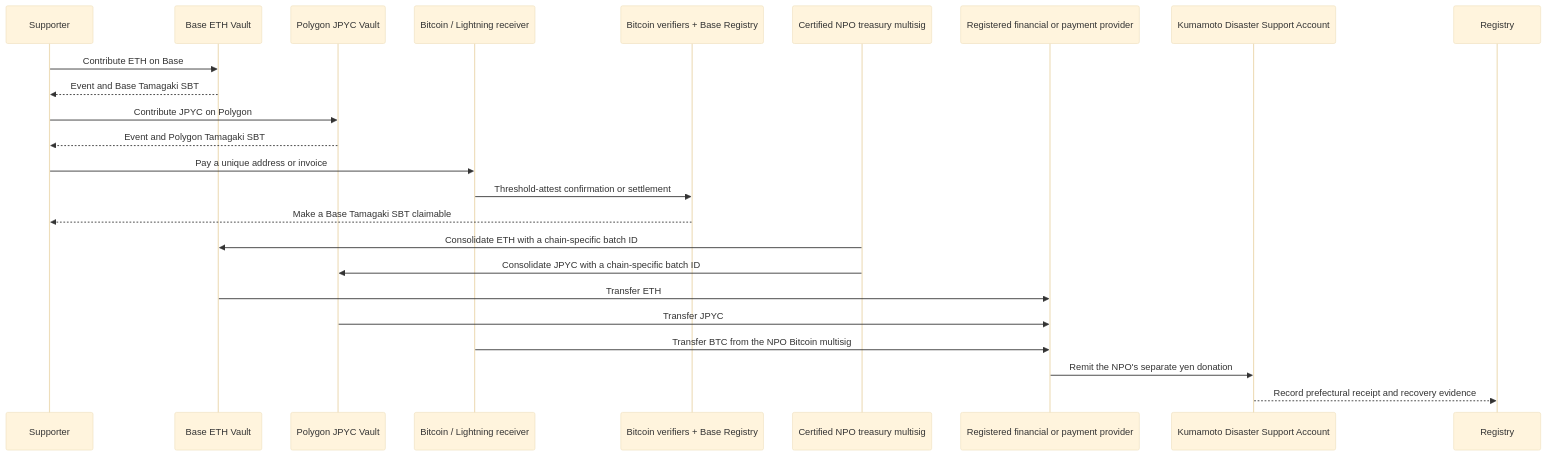
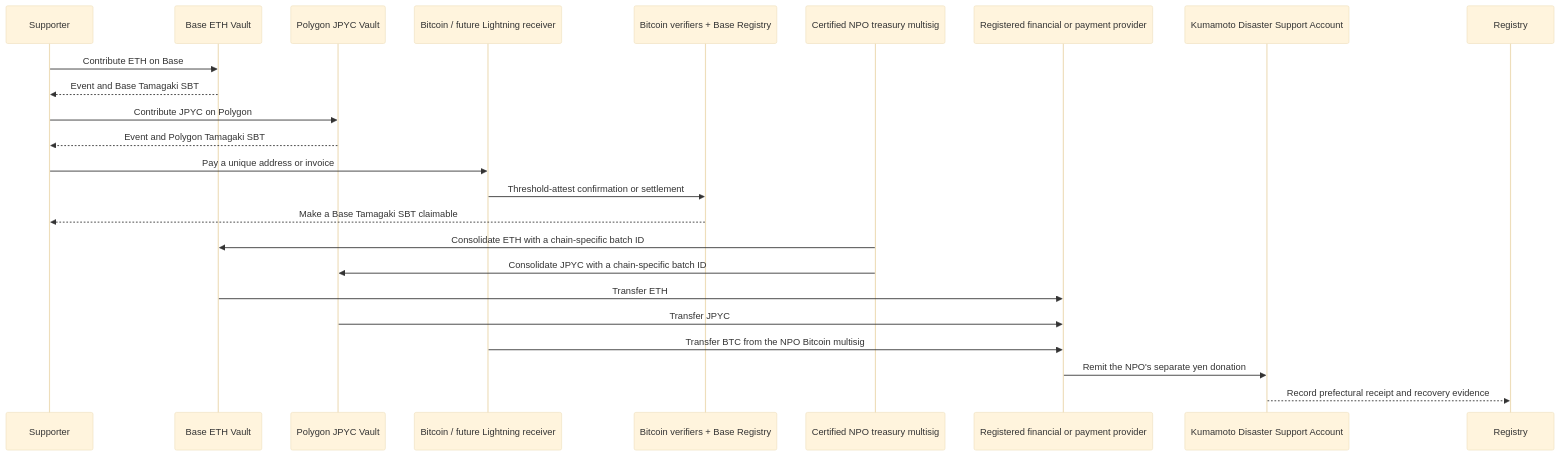
Before and after one commit to ShigeichiroYamasaki/yui-no-kaki-kumamoto: the diagram in docs/en/fund-flow.md, drawn with Mermaid (base theme). The commit also changed other lines of this file and 25 other files, not shown here.

Commit message:
Document secure Bitcoin and Lightning operations

````diff
--- a/docs/en/fund-flow.md
+++ b/docs/en/fund-flow.md
@@ -11,26 +11,26 @@
 ```mermaid
 sequenceDiagram
   participant S as Supporter
   participant BV as Base ETH Vault
   participant PV as Polygon JPYC Vault
-  participant BTC as Bitcoin / Lightning receiver
+  participant BTC as Bitcoin / future Lightning receiver
   participant BR as Bitcoin verifiers + Base Registry
   participant O as Certified NPO treasury multisig
   participant E as Registered financial or payment provider
   participant K as Kumamoto Disaster Support Account
   participant R as Registry
   S->>BV: Contribute ETH on Base
   BV-->>S: Event and Base Tamagaki SBT
   S->>PV: Contribute JPYC on Polygon
   PV-->>S: Event and Polygon Tamagaki SBT
   S->>BTC: Pay a unique address or invoice
   BTC->>BR: Threshold-attest confirmation or settlement
   BR-->>S: Make a Base Tamagaki SBT claimable
   O->>BV: Consolidate ETH with a chain-specific batch ID
   O->>PV: Consolidate JPYC with a chain-specific batch ID
   BV->>E: Transfer ETH
   PV->>E: Transfer JPYC
   BTC->>E: Transfer BTC from the NPO Bitcoin multisig
   E->>K: Remit the NPO's separate yen donation
   K-->>R: Record prefectural receipt and recovery evidence
 ```
````
